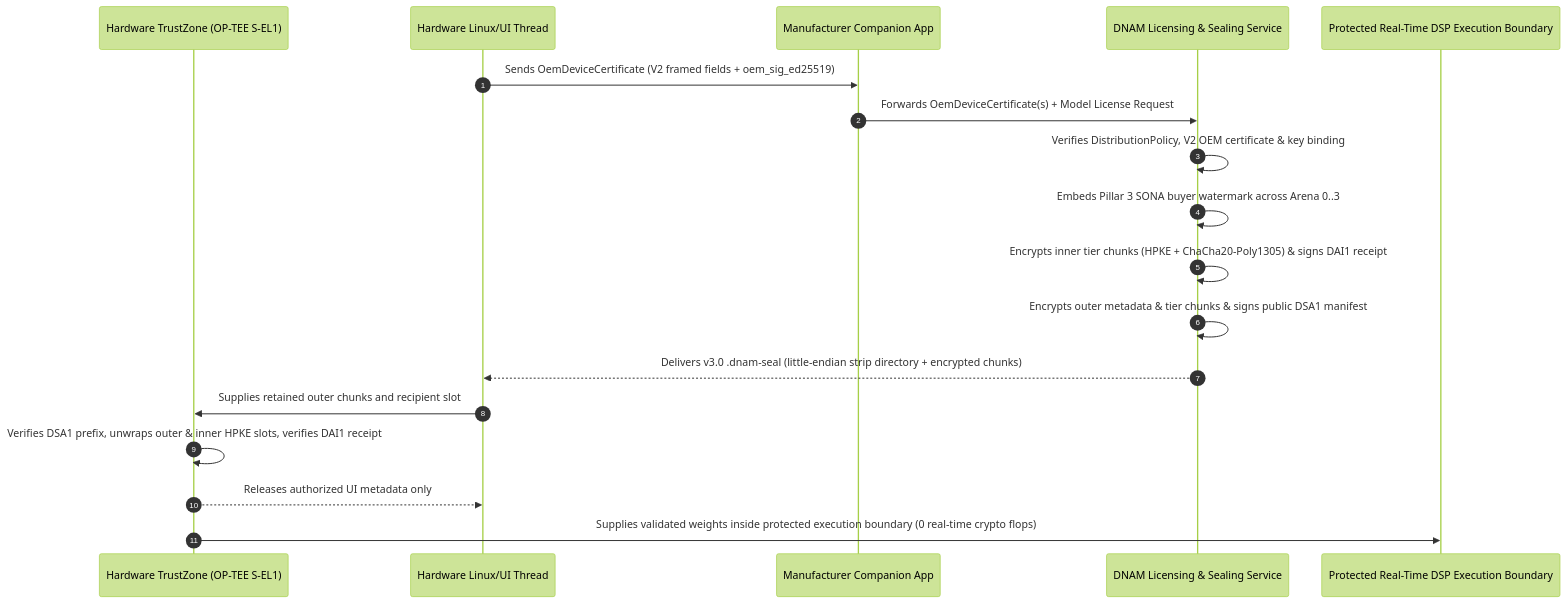
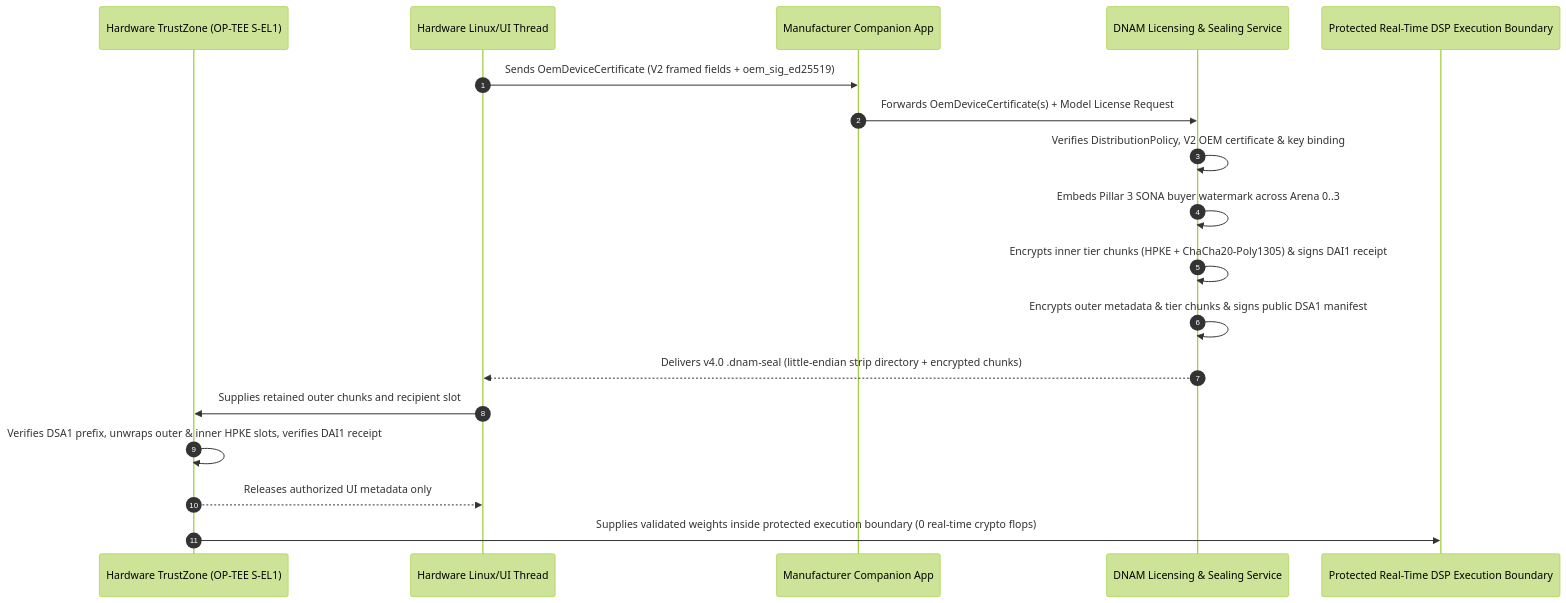
One commit to mokugen/dnam changed the second of 2 diagrams in docs/specs/security/provenance_and_enclave_drm.md. Above: the diagram before and after it, drawn with Mermaid (forest theme). The commit also changed other lines of this file and 16 other files, not shown here.

````diff
--- a/docs/specs/security/provenance_and_enclave_drm.md
+++ b/docs/specs/security/provenance_and_enclave_drm.md
@@ -334,21 +334,21 @@
 ```mermaid
 sequenceDiagram
     autonumber
     participant TZ as Hardware TrustZone (OP-TEE S-EL1)
     participant Host as Hardware Linux/UI Thread
     participant App as Manufacturer Companion App
     participant DNAM as DNAM Licensing & Sealing Service
     participant DSP as Protected Real-Time DSP Execution Boundary
 
     Host->>App: Sends OemDeviceCertificate (V2 framed fields + oem_sig_ed25519)
     App->>DNAM: Forwards OemDeviceCertificate(s) + Model License Request
     DNAM->>DNAM: Verifies DistributionPolicy, V2 OEM certificate & key binding
     DNAM->>DNAM: Embeds Pillar 3 SONA buyer watermark across Arena 0..3
     DNAM->>DNAM: Encrypts inner tier chunks (HPKE + ChaCha20-Poly1305) & signs DAI1 receipt
     DNAM->>DNAM: Encrypts outer metadata & tier chunks & signs public DSA1 manifest
-    DNAM-->>Host: Delivers v3.0 .dnam-seal (little-endian strip directory + encrypted chunks)
+    DNAM-->>Host: Delivers v4.0 .dnam-seal (little-endian strip directory + encrypted chunks)
     Host->>TZ: Supplies retained outer chunks and recipient slot
     TZ->>TZ: Verifies DSA1 prefix, unwraps outer & inner HPKE slots, verifies DAI1 receipt
     TZ-->>Host: Releases authorized UI metadata only
     TZ->>DSP: Supplies validated weights inside protected execution boundary (0 real-time crypto flops)
 ```
````
